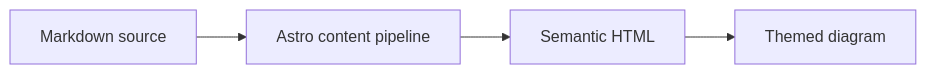
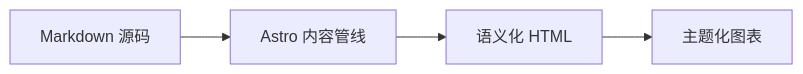
Before and after one commit to yycc0324-lang/Blog_for_yycc: the diagram in src/content/posts/markdown-extended.md, drawn with Mermaid. The commit also changed other lines of this file and 38 other files, not shown here.

````diff
--- a/src/content/posts/markdown-extended.md
+++ b/src/content/posts/markdown-extended.md
@@ -27,8 +28,8 @@
 ```mermaid
 flowchart LR
-    accTitle: Markdown rendering pipeline
-    accDescr: Markdown source is transformed into semantic HTML and then enhanced as a themed SVG diagram.
-    A[Markdown source] --> B[Astro content pipeline]
-    B --> C[Semantic HTML]
-    C --> D[Themed diagram]
+    accTitle: Markdown 渲染管线
+    accDescr: Markdown 源码先被转换为语义化 HTML，再增强为主题化 SVG 图表。
+    A[Markdown 源码] --> B[Astro 内容管线]
+    B --> C[语义化 HTML]
+    C --> D[主题化图表]
 ```
````
